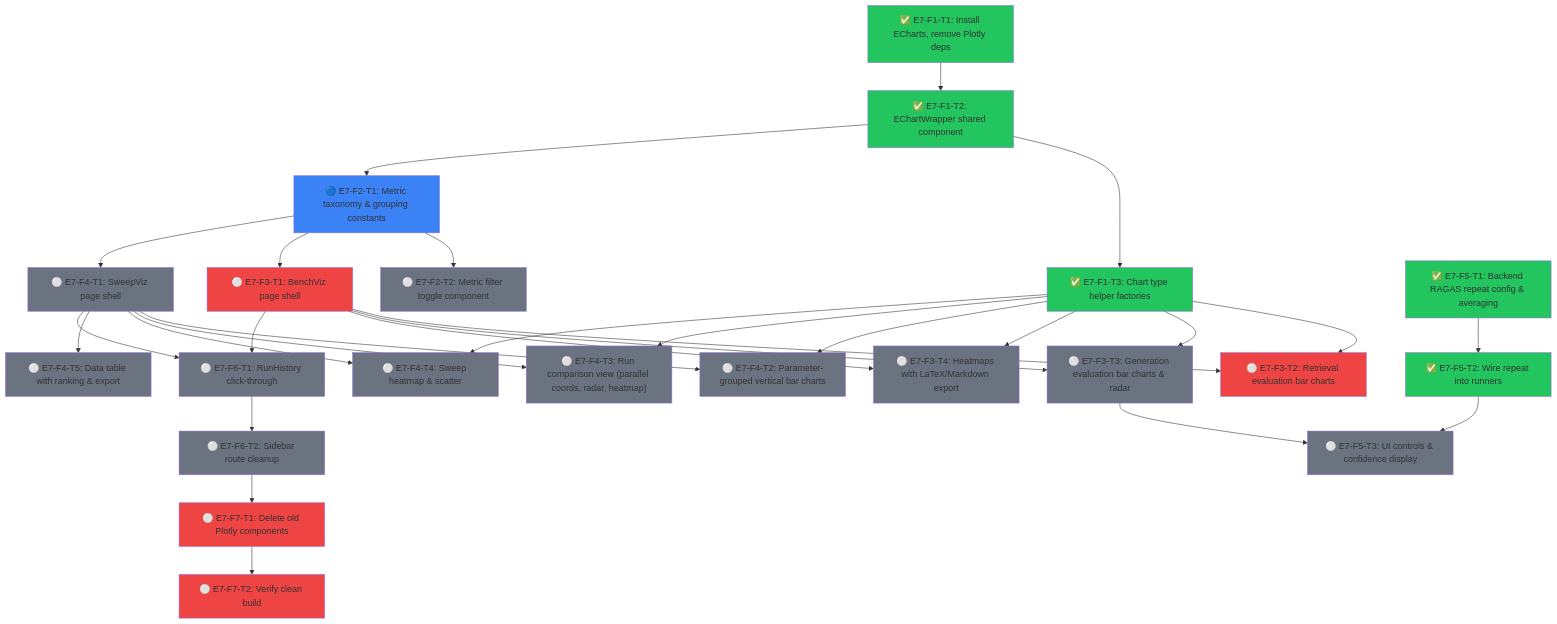
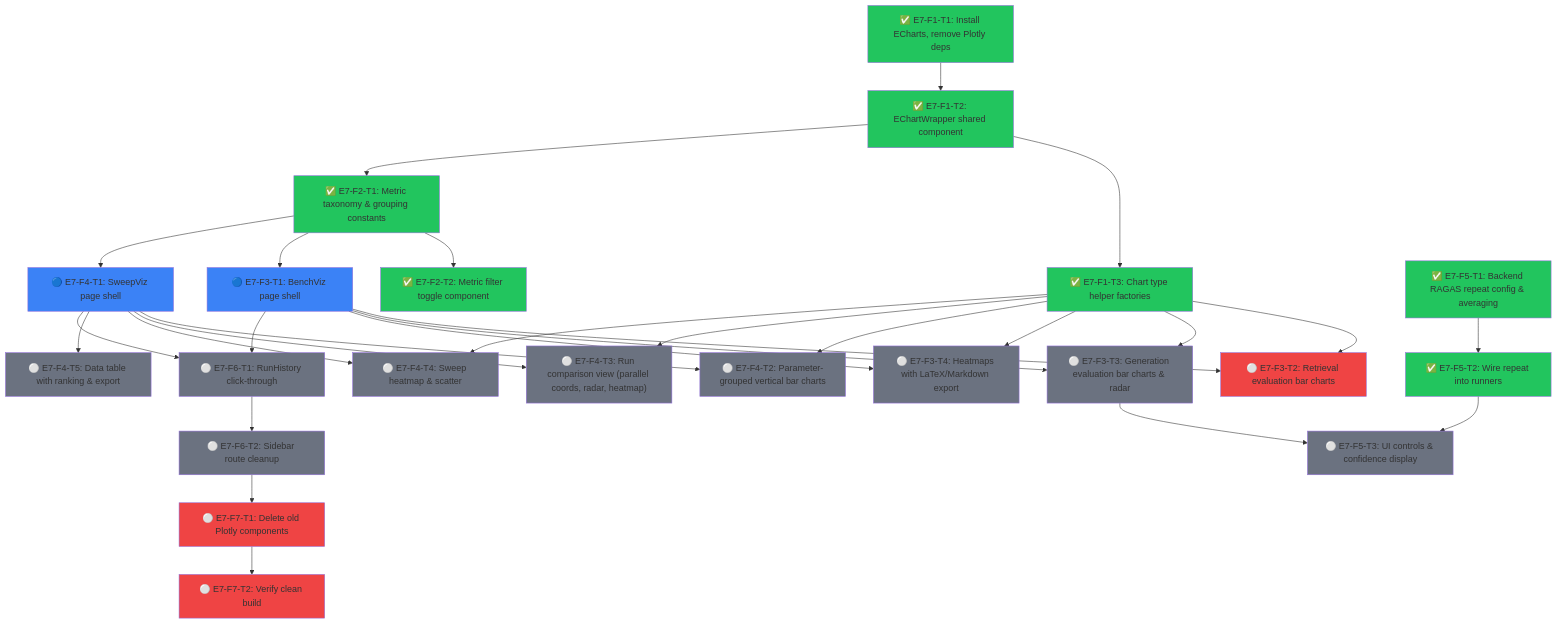
Before and after one commit to Vutiot/EvenementsRAG: the diagram in roadmap-evaluation.md, drawn with Mermaid. The commit also changed other lines of this file and 3 other files, not shown here.

First line of the commit message:
feat(E7-F2-T1/T2): add metric taxonomy constants and filter bar component

```diff
--- a/roadmap-evaluation.md
+++ b/roadmap-evaluation.md
@@ -18,15 +18,15 @@
   E7F1T2["✅ E7-F1-T2: EChartWrapper shared component"]
   E7F1T3["✅ E7-F1-T3: Chart type helper factories"]
 
-  E7F2T1["🔵 E7-F2-T1: Metric taxonomy & grouping constants"]
-  E7F2T2["⚪ E7-F2-T2: Metric filter toggle component"]
+  E7F2T1["✅ E7-F2-T1: Metric taxonomy & grouping constants"]
+  E7F2T2["✅ E7-F2-T2: Metric filter toggle component"]
 
-  E7F3T1["⚪ E7-F3-T1: BenchViz page shell"]
+  E7F3T1["🔵 E7-F3-T1: BenchViz page shell"]
   E7F3T2["⚪ E7-F3-T2: Retrieval evaluation bar charts"]
   E7F3T3["⚪ E7-F3-T3: Generation evaluation bar charts & radar"]
   E7F3T4["⚪ E7-F3-T4: Heatmaps with LaTeX/Markdown export"]
 
-  E7F4T1["⚪ E7-F4-T1: SweepViz page shell"]
+  E7F4T1["🔵 E7-F4-T1: SweepViz page shell"]
   E7F4T2["⚪ E7-F4-T2: Parameter-grouped vertical bar charts"]
   E7F4T3["⚪ E7-F4-T3: Run comparison view (parallel coords, radar, heatmap)"]
   E7F4T4["⚪ E7-F4-T4: Sweep heatmap & scatter"]
@@ -78,13 +78,13 @@
   style E7F1T1 fill:#22c55e
   style E7F1T2 fill:#22c55e
   style E7F1T3 fill:#22c55e
-  style E7F2T1 fill:#3b82f6
-  style E7F2T2 fill:#6b7280
-  style E7F3T1 fill:#ef4444
+  style E7F2T1 fill:#22c55e
+  style E7F2T2 fill:#22c55e
+  style E7F3T1 fill:#3b82f6
   style E7F3T2 fill:#ef4444
   style E7F3T3 fill:#6b7280
   style E7F3T4 fill:#6b7280
-  style E7F4T1 fill:#6b7280
+  style E7F4T1 fill:#3b82f6
   style E7F4T2 fill:#6b7280
   style E7F4T3 fill:#6b7280
   style E7F4T4 fill:#6b7280
```
